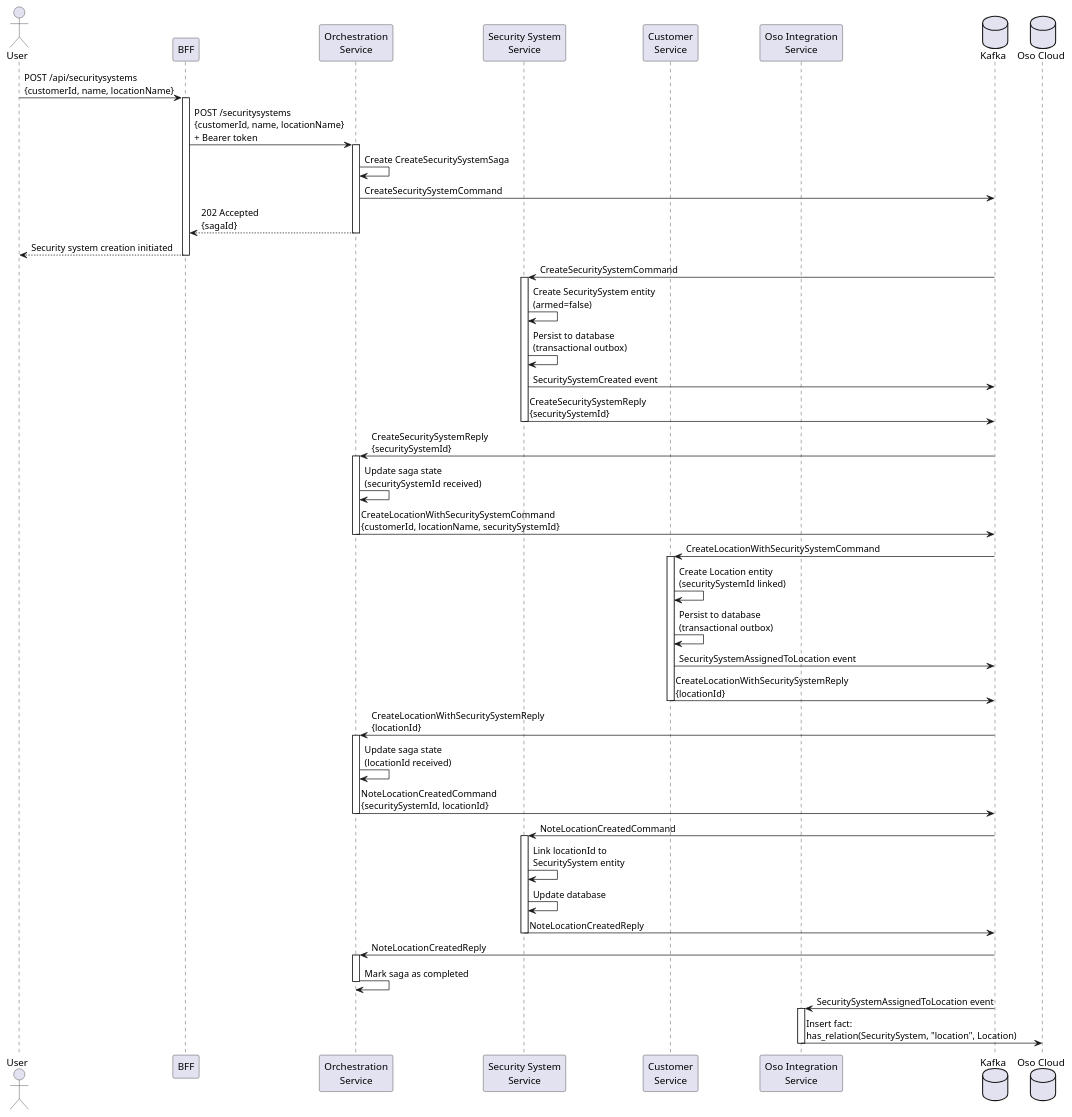
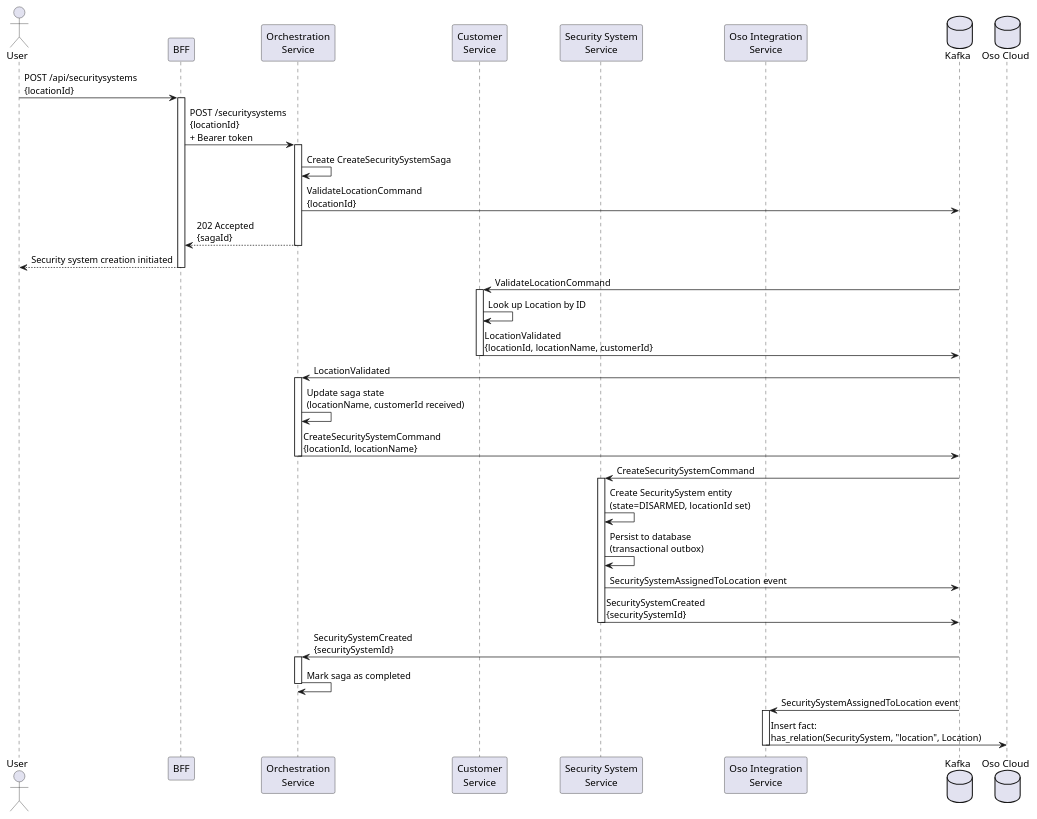
The diagram in docs/architecture/scenarios/create-security-system.adoc (eventuate-examples/eventuate-examples-realguardio), drawn with PlantUML before and after one commit. The commit also changed other lines of this file and 16 other files, not shown here.

```diff
--- a/docs/architecture/scenarios/create-security-system.adoc
+++ b/docs/architecture/scenarios/create-security-system.adoc
@@ -9,80 +13,63 @@
 [plantuml]
 ....
 @startuml
 actor User
 participant "BFF" as BFF
 participant "Orchestration\nService" as Orchestration
+participant "Customer\nService" as Customer
 participant "Security System\nService" as SecuritySystem
-participant "Customer\nService" as Customer
 participant "Oso Integration\nService" as Oso
 database "Kafka" as Kafka
 database "Oso Cloud" as OsoCloud
 
-User -> BFF: POST /api/securitysystems\n{customerId, name, locationName}
+User -> BFF: POST /api/securitysystems\n{locationId}
 activate BFF
 
-BFF -> Orchestration: POST /securitysystems\n{customerId, name, locationName}\n+ Bearer token
+BFF -> Orchestration: POST /securitysystems\n{locationId}\n+ Bearer token
 activate Orchestration
 
 Orchestration -> Orchestration: Create CreateSecuritySystemSaga
-Orchestration -> Kafka: CreateSecuritySystemCommand
+Orchestration -> Kafka: ValidateLocationCommand\n{locationId}
 Orchestration --> BFF: 202 Accepted\n{sagaId}
 deactivate Orchestration
 
 BFF --> User: Security system creation initiated
 deactivate BFF
 
+Kafka -> Customer: ValidateLocationCommand
+activate Customer
+
+Customer -> Customer: Look up Location by ID
+Customer -> Kafka: LocationValidated\n{locationId, locationName, customerId}
+deactivate Customer
+
+Kafka -> Orchestration: LocationValidated
+activate Orchestration
+
+Orchestration -> Orchestration: Update saga state\n(locationName, customerId received)
+Orchestration -> Kafka: CreateSecuritySystemCommand\n{locationId, locationName}
+deactivate Orchestration
+
 Kafka -> SecuritySystem: CreateSecuritySystemCommand
 activate SecuritySystem
 
-SecuritySystem -> SecuritySystem: Create SecuritySystem entity\n(armed=false)
+SecuritySystem -> SecuritySystem: Create SecuritySystem entity\n(state=DISARMED, locationId set)
 SecuritySystem -> SecuritySystem: Persist to database\n(transactional outbox)
-SecuritySystem -> Kafka: SecuritySystemCreated event
-SecuritySystem -> Kafka: CreateSecuritySystemReply\n{securitySystemId}
+SecuritySystem -> Kafka: SecuritySystemAssignedToLocation event
+SecuritySystem -> Kafka: SecuritySystemCreated\n{securitySystemId}
 deactivate SecuritySystem
 
-Kafka -> Orchestration: CreateSecuritySystemReply\n{securitySystemId}
-activate Orchestration
-
-Orchestration -> Orchestration: Update saga state\n(securitySystemId received)
-Orchestration -> Kafka: CreateLocationWithSecuritySystemCommand\n{customerId, locationName, securitySystemId}
-deactivate Orchestration
-
-Kafka -> Customer: CreateLocationWithSecuritySystemCommand
-activate Customer
-
-Customer -> Customer: Create Location entity\n(securitySystemId linked)
-Customer -> Customer: Persist to database\n(transactional outbox)
-Customer -> Kafka: SecuritySystemAssignedToLocation event
-Customer -> Kafka: CreateLocationWithSecuritySystemReply\n{locationId}
-deactivate Customer
-
-Kafka -> Orchestration: CreateLocationWithSecuritySystemReply\n{locationId}
-activate Orchestration
-
-Orchestration -> Orchestration: Update saga state\n(locationId received)
-Orchestration -> Kafka: NoteLocationCreatedCommand\n{securitySystemId, locationId}
-deactivate Orchestration
-
-Kafka -> SecuritySystem: NoteLocationCreatedCommand
-activate SecuritySystem
-
-SecuritySystem -> SecuritySystem: Link locationId to\nSecuritySystem entity
-SecuritySystem -> SecuritySystem: Update database
-SecuritySystem -> Kafka: NoteLocationCreatedReply
-deactivate SecuritySystem
-
-Kafka -> Orchestration: NoteLocationCreatedReply
+Kafka -> Orchestration: SecuritySystemCreated\n{securitySystemId}
 activate Orchestration
 
 Orchestration -> Orchestration: Mark saga as completed
 deactivate Orchestration
 
 ' Event processing by Oso Integration Service
 Kafka -> Oso: SecuritySystemAssignedToLocation event
 activate Oso
 Oso -> OsoCloud: Insert fact:\nhas_relation(SecuritySystem, "location", Location)
 deactivate Oso
 
 @enduml
 ....
```
